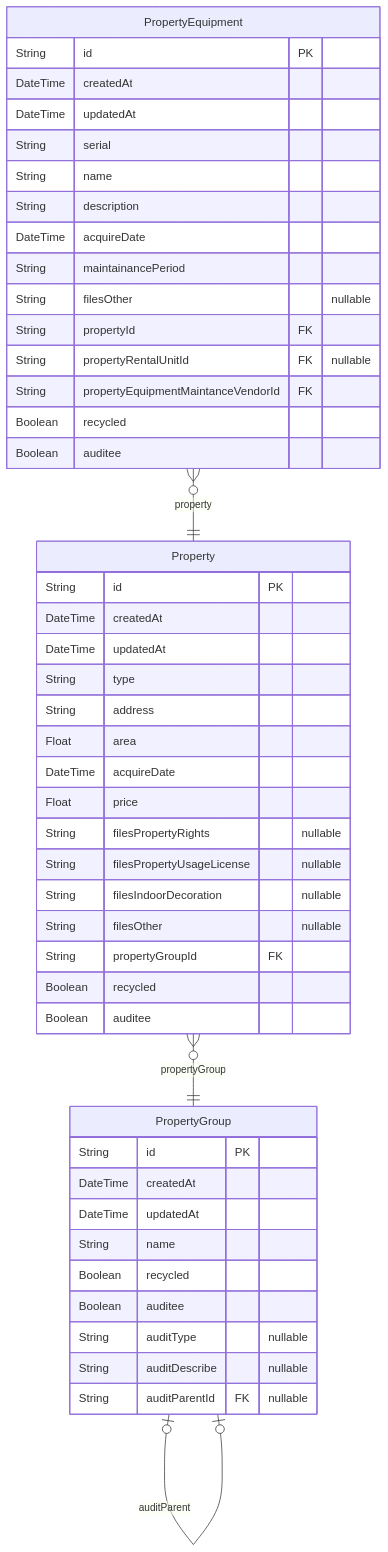
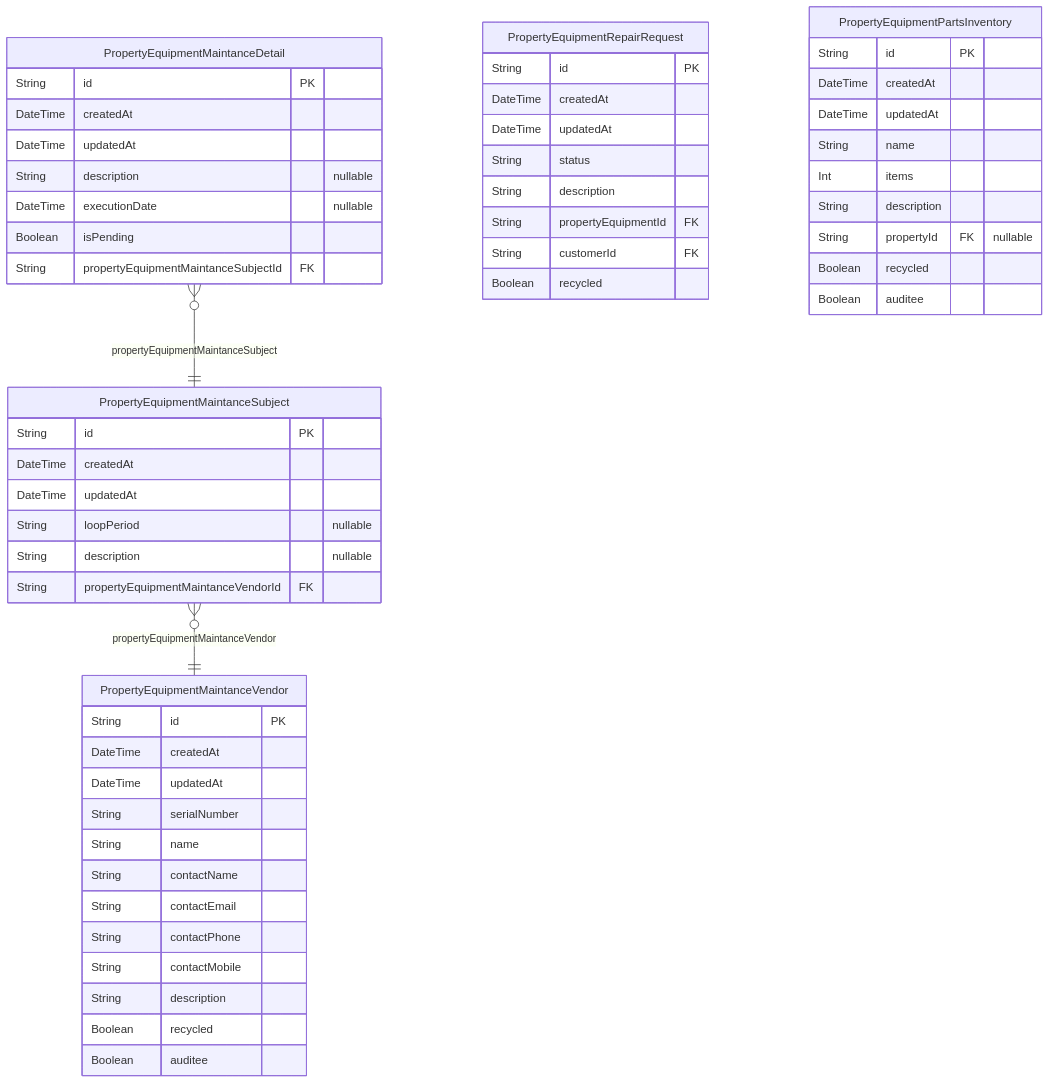
The second of 4 diagrams in generated/packages/ERD.md (Val0429/taiwan-life-insurance), drawn with Mermaid before and after one commit. The commit also changed other lines of this file and 10 other files, not shown here.

````diff
--- a/generated/packages/ERD.md
+++ b/generated/packages/ERD.md
@@ -177,50 +197,57 @@
 ```mermaid
 erDiagram
-"PropertyGroup" {
+"PropertyEquipmentMaintanceSubject" {
+    String id PK
+    DateTime createdAt
+    DateTime updatedAt
+    String loopPeriod "nullable"
+    String description "nullable"
+    String propertyEquipmentMaintanceVendorId FK
+}
+"PropertyEquipmentMaintanceDetail" {
+    String id PK
+    DateTime createdAt
+    DateTime updatedAt
+    String description "nullable"
+    DateTime executionDate "nullable"
+    Boolean isPending
+    String propertyEquipmentMaintanceSubjectId FK
+}
+"PropertyEquipmentRepairRequest" {
+    String id PK
+    DateTime createdAt
+    DateTime updatedAt
+    String status
+    String description
+    String propertyEquipmentId FK
+    String customerId FK
+    Boolean recycled
+}
+"PropertyEquipmentMaintanceVendor" {
+    String id PK
+    DateTime createdAt
+    DateTime updatedAt
+    String serialNumber
+    String name
+    String contactName
+    String contactEmail
+    String contactPhone
+    String contactMobile
+    String description
+    Boolean recycled
+    Boolean auditee
+}
+"PropertyEquipmentPartsInventory" {
     String id PK
     DateTime createdAt
     DateTime updatedAt
     String name
-    Boolean recycled
-    Boolean auditee
-    String auditType "nullable"
-    String auditDescribe "nullable"
-    String auditParentId FK "nullable"
-}
-"Property" {
-    String id PK
-    DateTime createdAt
-    DateTime updatedAt
-    String type
-    String address
-    Float area
-    DateTime acquireDate
-    Float price
-    String filesPropertyRights "nullable"
-    String filesPropertyUsageLicense "nullable"
-    String filesIndoorDecoration "nullable"
-    String filesOther "nullable"
-    String propertyGroupId FK
+    Int items
+    String description
+    String propertyId FK "nullable"
     Boolean recycled
     Boolean auditee
 }
-"PropertyEquipment" {
-    String id PK
-    DateTime createdAt
-    DateTime updatedAt
-    String serial
-    String name
-    String description
-    DateTime acquireDate
-    String maintainancePeriod
-    String filesOther "nullable"
-    String propertyId FK
-    String propertyRentalUnitId FK "nullable"
-    String propertyEquipmentMaintanceVendorId FK
-    Boolean recycled
-    Boolean auditee
-}
-"PropertyGroup" |o--o| "PropertyGroup" : auditParent
-"Property" }o--|| "PropertyGroup" : propertyGroup
-"PropertyEquipment" }o--|| "Property" : property
+"PropertyEquipmentMaintanceSubject" }o--|| "PropertyEquipmentMaintanceVendor" : propertyEquipmentMaintanceVendor
+"PropertyEquipmentMaintanceDetail" }o--|| "PropertyEquipmentMaintanceSubject" : propertyEquipmentMaintanceSubject
 ```
````
